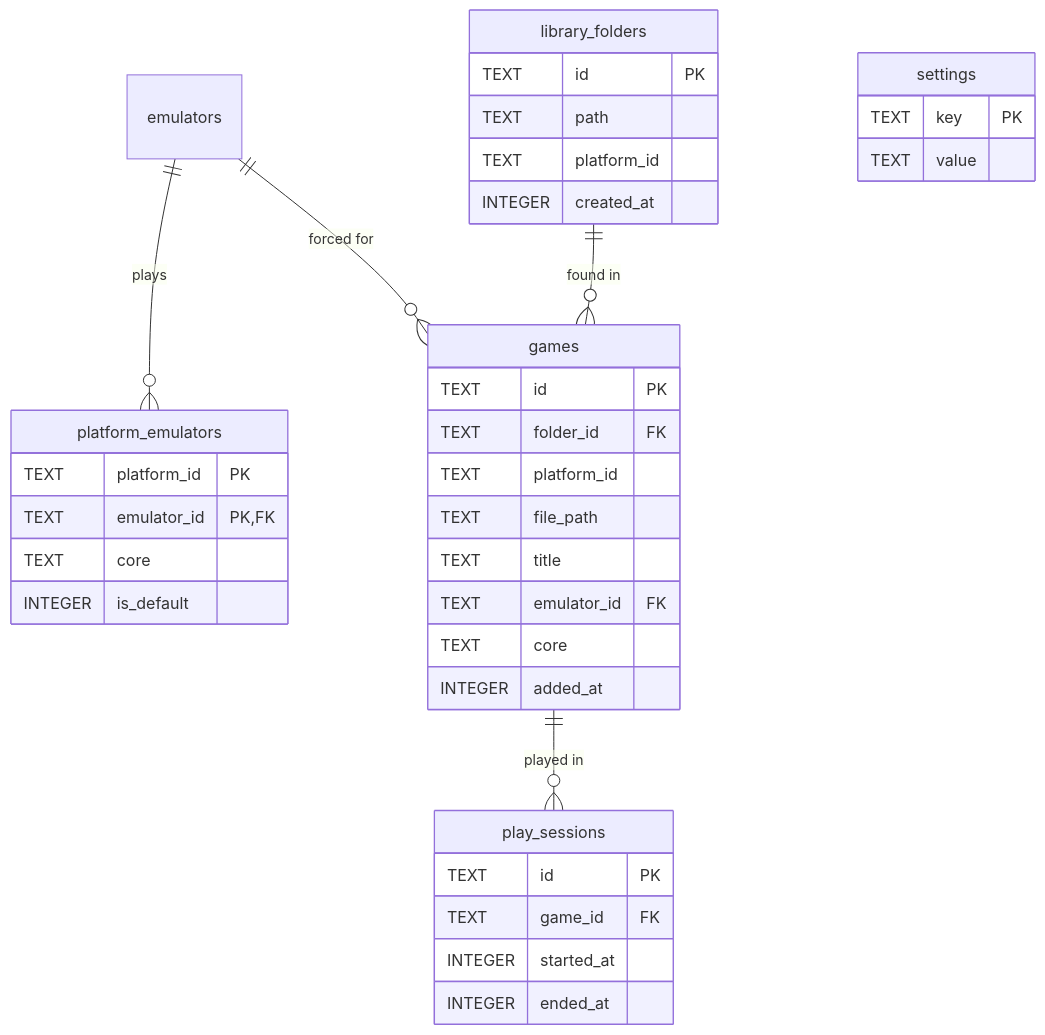
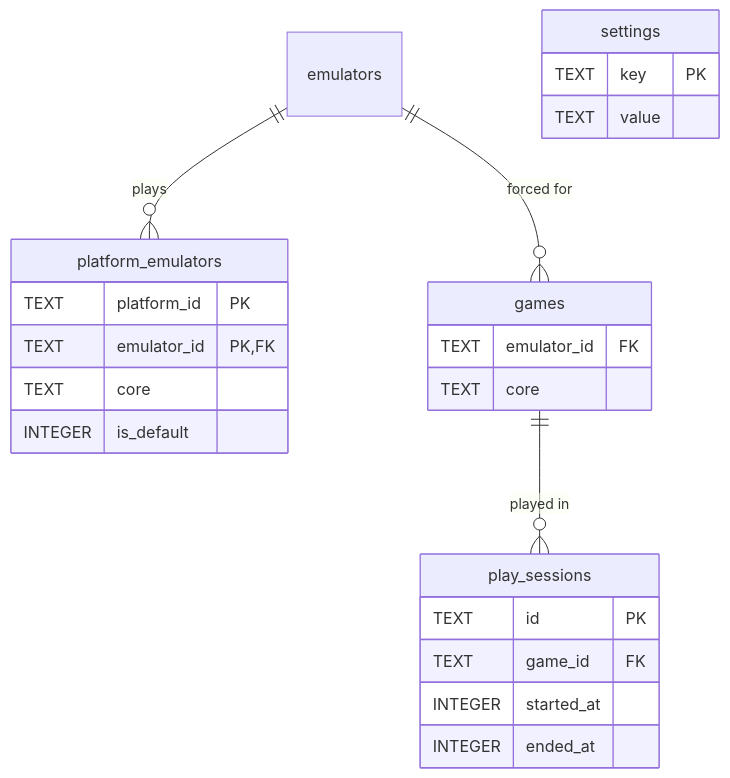
The second of 2 diagrams in DATABASE.md (alexisiba/ilnamiki), drawn with Mermaid before and after one commit. The commit also changed other lines of this file and 15 other files, not shown here.

First line of the commit message:
Save a scanned folder with its playable games

````diff
--- a/DATABASE.md
+++ b/DATABASE.md
@@ -91,40 +145,27 @@
 ```mermaid
 erDiagram
     emulators ||--o{ platform_emulators : "plays"
     emulators ||--o{ games : "forced for"
-    library_folders ||--o{ games : "found in"
     games ||--o{ play_sessions : "played in"
 
     platform_emulators {
         TEXT platform_id PK
         TEXT emulator_id PK, FK
         TEXT core
         INTEGER is_default
     }
-    library_folders {
-        TEXT id PK
-        TEXT path
-        TEXT platform_id
-        INTEGER created_at
-    }
     games {
-        TEXT id PK
-        TEXT folder_id FK
-        TEXT platform_id
-        TEXT file_path
-        TEXT title
         TEXT emulator_id FK
         TEXT core
-        INTEGER added_at
     }
     play_sessions {
         TEXT id PK
         TEXT game_id FK
         INTEGER started_at
         INTEGER ended_at
     }
     settings {
         TEXT key PK
         TEXT value
     }
 ```
````
